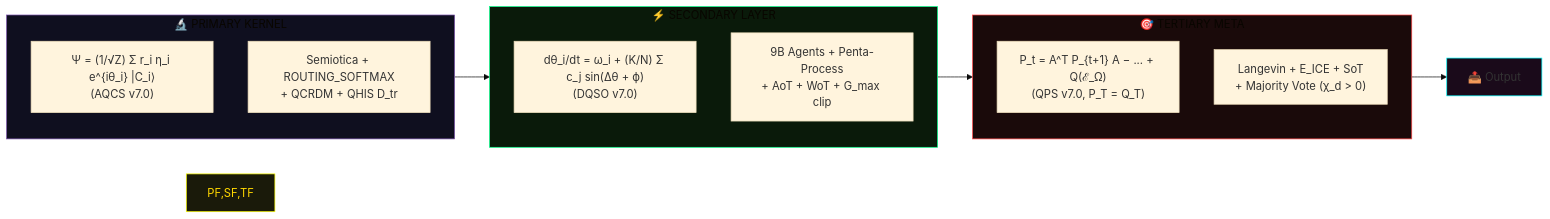
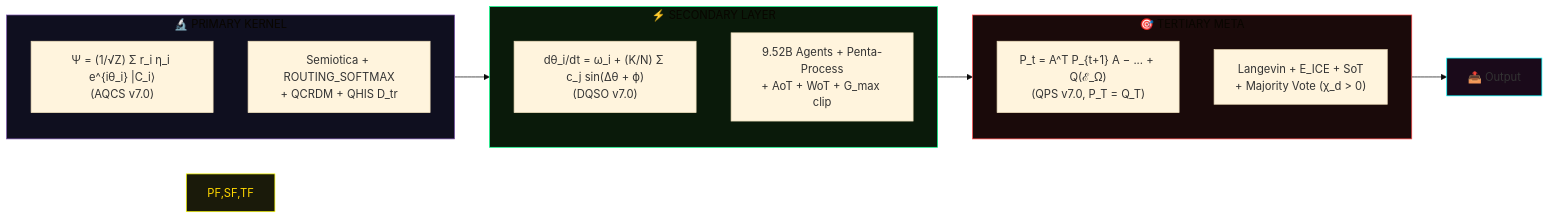
One commit to leeex1/Quillan-Ronin changed diagram 11 of 12 in 10 - Formal Papers/Formal Papers/Quillan_Architecture_v7_0_Updated.md. Above: the diagram before and after it, drawn with Mermaid (base theme). The commit also changed other lines of this file and 643 other files, not shown here.

````diff
--- a/10 - Formal Papers/Formal Papers/Quillan_Architecture_v7_0_Updated.md
+++ b/10 - Formal Papers/Formal Papers/Quillan_Architecture_v7_0_Updated.md
@@ -786,31 +786,31 @@
 ```mermaid
 flowchart LR
 
     subgraph PRIMARY["🔬 PRIMARY KERNEL"]
         direction TB
         PF["Ψ = (1/√Z) Σ r_i η_i e^{iθ_i} |C_i⟩<br/>(AQCS v7.0)"]
         PC["Semiotica + ROUTING_SOFTMAX<br/>+ QCRDM + QHIS D_tr"]
     end
 
     subgraph SECONDARY["⚡ SECONDARY LAYER"]
         direction TB
         SF["dθ_i/dt = ω_i + (K/N) Σ c_j sin(Δθ + ϕ)<br/>(DQSO v7.0)"]
-        SC["9B Agents + Penta-Process<br/>+ AoT + WoT + G_max clip"]
+        SC["9.52B Agents + Penta-Process<br/>+ AoT + WoT + G_max clip"]
     end
 
     subgraph TERTIARY["🎯 TERTIARY META"]
         direction TB
         TF["P_t = A^T P_{t+1} A − ... + Q(ℰ_Ω)<br/>(QPS v7.0, P_T = Q_T)"]
         TC["Langevin + E_ICE + SoT<br/>+ Majority Vote (χ_d > 0)"]
     end
 
     PRIMARY --> SECONDARY --> TERTIARY --> OUT["📤 Output"]
 
     style PRIMARY fill:#0f0f1f,stroke:#7851a9
     style SECONDARY fill:#0a1a0a,stroke:#00ff88
     style TERTIARY fill:#1a0a0a,stroke:#ff4444
     style PF,SF,TF fill:#1a1a0a,stroke:#ffff00,color:#ffd700
     style OUT fill:#1a0a1a,stroke:#00ffff
 
 
 ```
````
